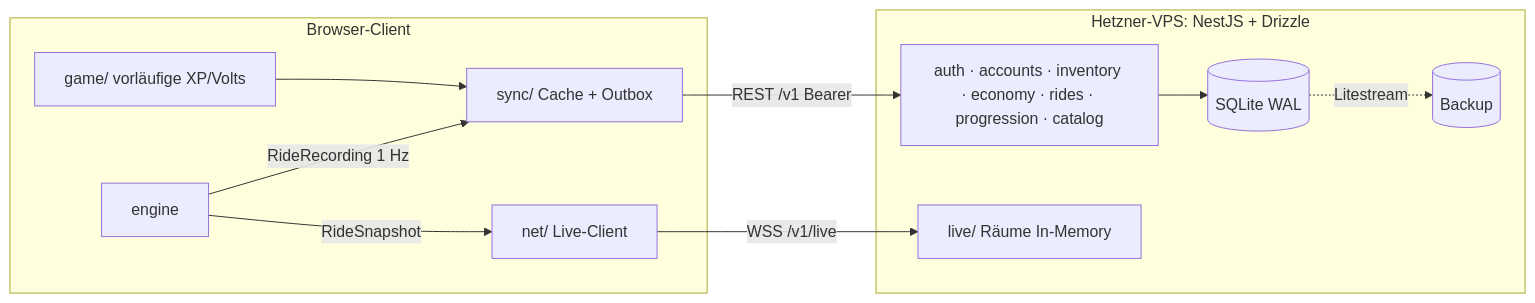
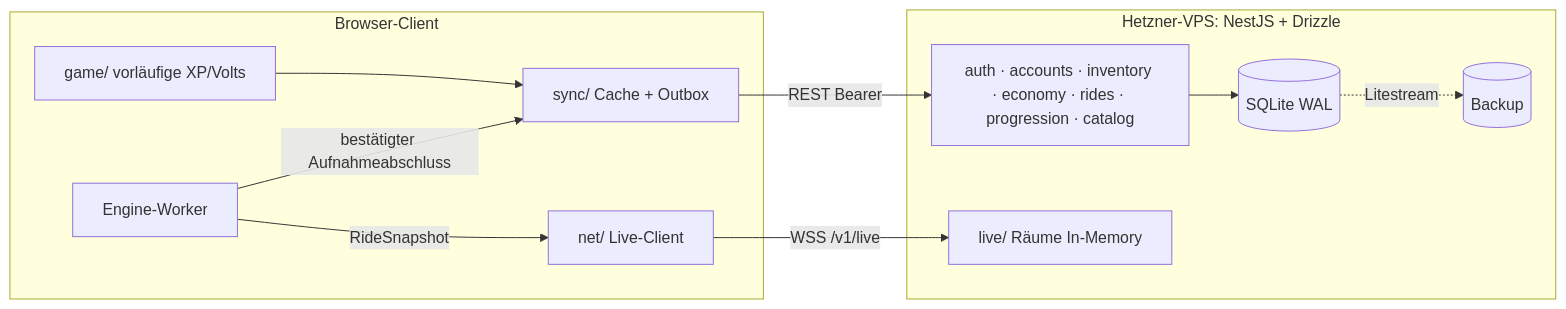
Before and after one commit to henrysachs/voltonaut: the second of 2 diagrams in docs/01-architecture.md, drawn with Mermaid. The commit also changed other lines of this file and 178 other files, not shown here.

First line of the commit message:
feat(recording): connect worker capture to durable Strava delivery

````diff
--- a/docs/01-architecture.md
+++ b/docs/01-architecture.md
@@ -273,17 +273,17 @@
 ```mermaid
 flowchart LR
   subgraph Client[Browser-Client]
     G[game/ vorläufige XP/Volts] --> SY[sync/ Cache + Outbox]
-    E[engine] -- RideRecording 1 Hz --> SY
+    E[Engine-Worker] -- bestätigter Aufnahmeabschluss --> SY
     NET[net/ Live-Client]
     E -- RideSnapshot --> NET
   end
-  SY -- REST /v1 Bearer --> API
+  SY -- REST Bearer --> API
   NET -- WSS /v1/live --> LIVE
   subgraph Server[Hetzner-VPS: NestJS + Drizzle]
     API[auth · accounts · inventory · economy · rides · progression · catalog]
     LIVE[live/ Räume In-Memory]
     API --> DB[(SQLite WAL)]
     DB -. Litestream .-> BK[(Backup)]
   end
 ```
````
